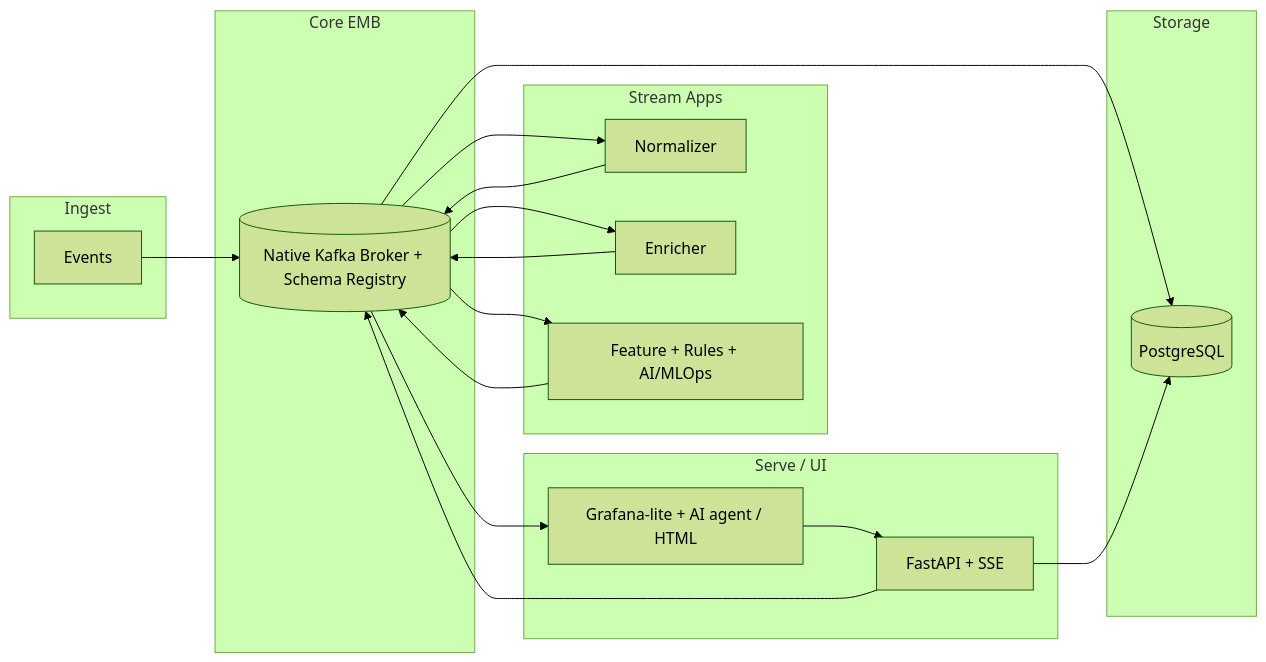
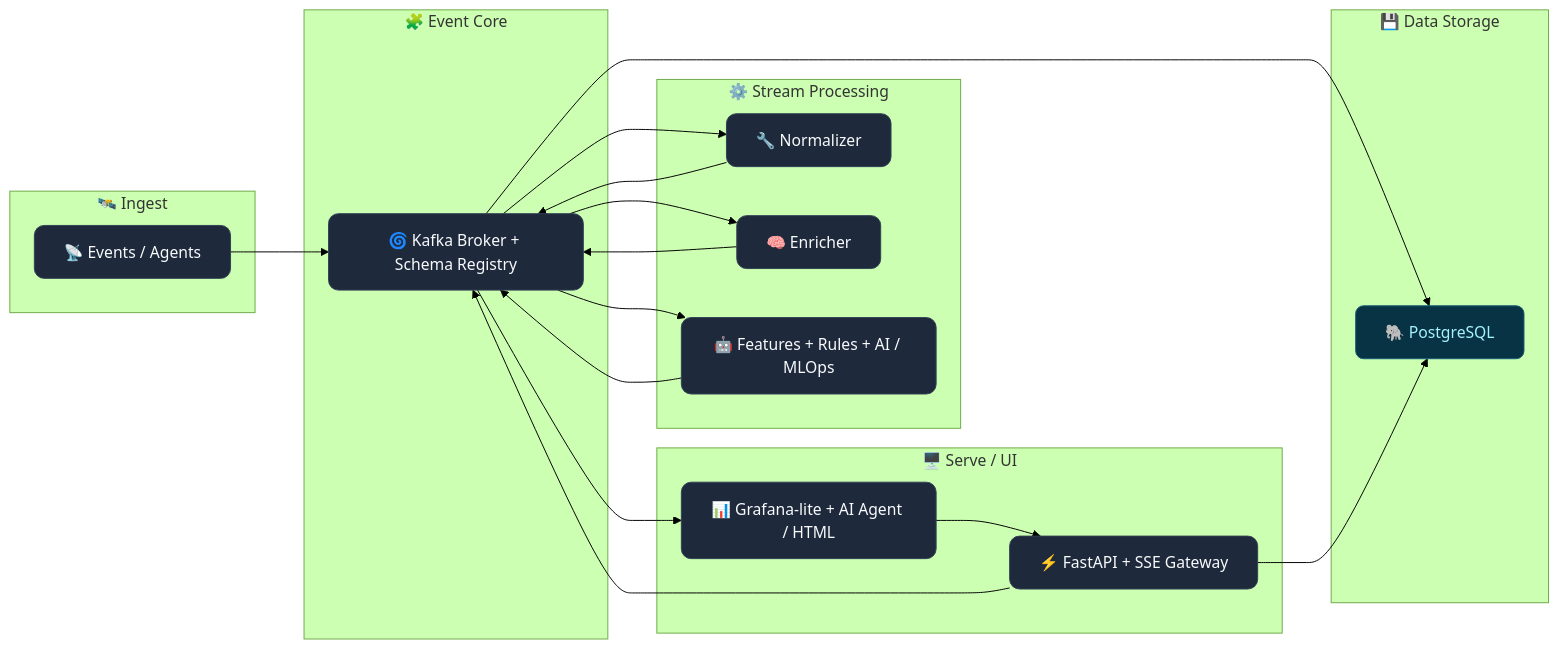
Before and after one commit to lILogit/Observio: the diagram in README.md, drawn with Mermaid (forest theme).

`````diff
--- a/README.md
+++ b/README.md
@@ -23,35 +23,44 @@
 ```mermaid
 flowchart LR
-  subgraph Ingest
-    Agent["Events"]
+  %% ==== STYLE DEFINITIONS ====
+  classDef layer fill:#0e1117,stroke:#333,stroke-width:1px,color:#fff,font-weight:bold
+  classDef service fill:#1e293b,stroke:#334155,stroke-width:1px,color:#f8fafc,rx:10,ry:10
+  classDef datastore fill:#083344,stroke:#155e75,stroke-width:1px,color:#a5f3fc,rx:8,ry:8
+  classDef connector stroke-dasharray: 5 5,stroke:#64748b,stroke-width:1.5px
+  
+  %% ==== LAYOUT ====
+  subgraph Ingest["🛰️ Ingest"]
+    Agent["📡 Events / Agents"]:::service
+  end
+  
+  subgraph Core["🧩 Event Core"]
+    Bus["🌀 Kafka Broker + Schema Registry"]:::service
+  end
+  
+  subgraph Stream["⚙️ Stream Processing"]
+    Norm["🔧 Normalizer"]:::service
+    Enr["🧠 Enricher"]:::service
+    Feat["🤖 Features + Rules + AI / MLOps"]:::service
+  end
+  
+  subgraph Storage["💾 Data Storage"]
+    PG["🐘 PostgreSQL"]:::datastore
+  end
+  
+  subgraph Serve["🖥️ Serve / UI"]
+    API["⚡ FastAPI + SSE Gateway"]:::service
+    UI["📊 Grafana-lite + AI Agent / HTML"]:::service
   end
 
-  subgraph Core["Core EMB"]
-    Bus[( Native Kafka Broker + Schema Registry)]
-  end
-
-  subgraph Stream["Stream Apps"]
-    Norm[Normalizer]
-    Enr[Enricher]
-    Feat[Feature + Rules + AI/MLOps]
-  end
-
-  subgraph Storage
-    PG[(PostgreSQL)]
-  end
-
-  subgraph Serve["Serve / UI"]
-    API[FastAPI + SSE]
-    UI[Grafana-lite + AI agent / HTML]
-  end
-
+  %% ==== FLOW CONNECTIONS ====
   Agent --> Bus
   Bus --> Norm --> Bus
   Bus --> Enr --> Bus
   Bus --> Feat --> Bus
   Bus --> PG
   API --> PG
   API --> Bus
   Bus --> UI
   UI --> API
+
 ````
`````
